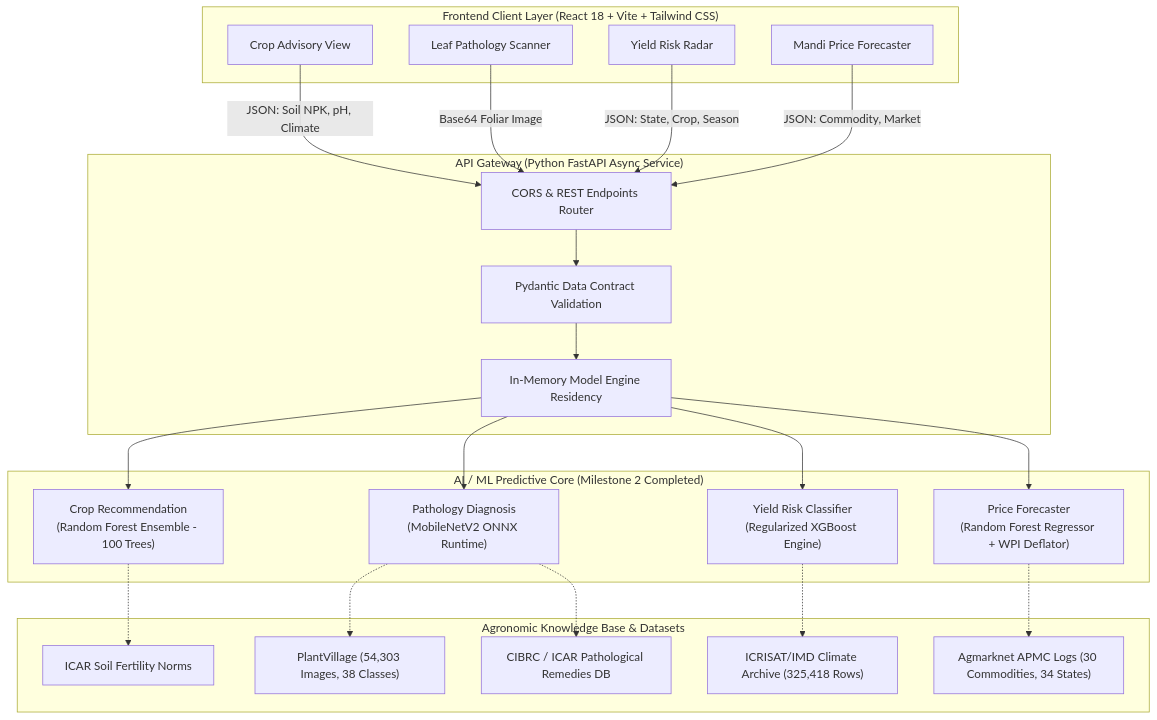
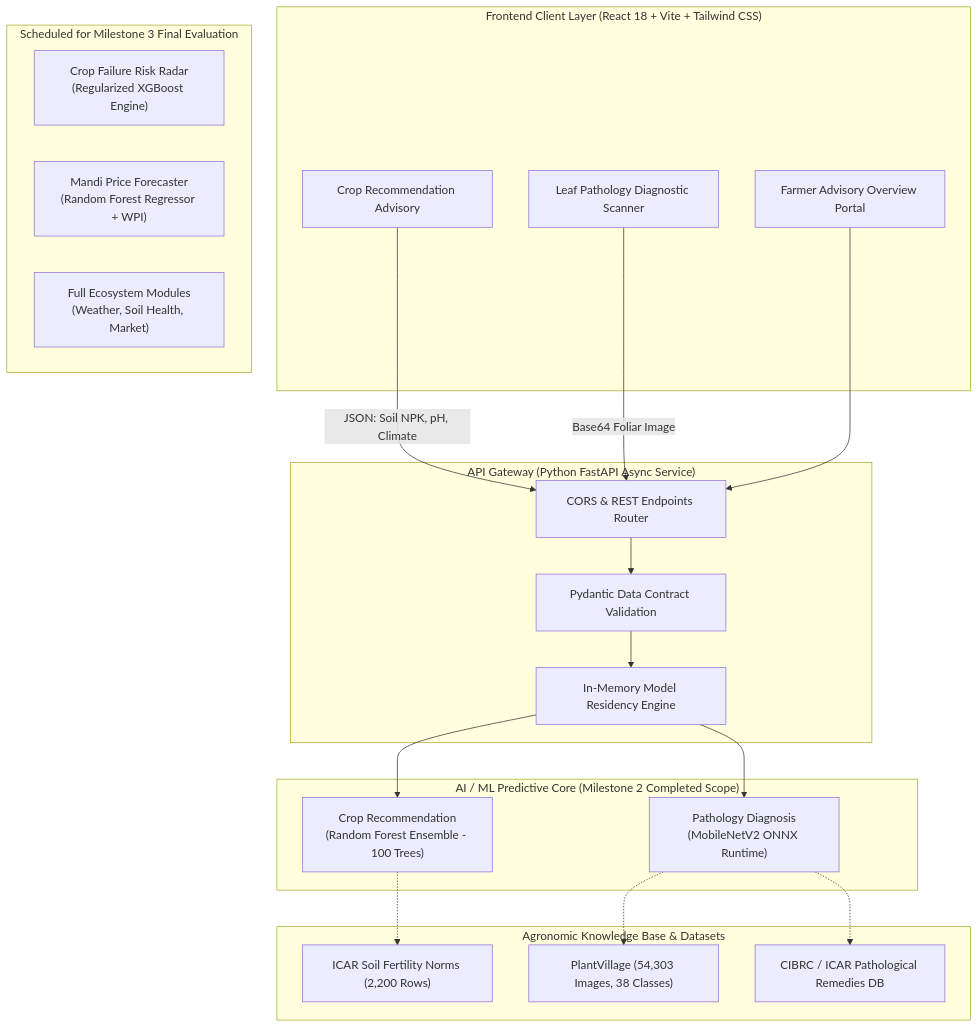
Before and after one commit to Shikhar-Kesharwani/sagri_final: the diagram in docs/SAGRI_MILESTONE_1_AND_2_REPORT.md, drawn with Mermaid. The commit also changed other lines of this file and 1 other file, not shown here.

Commit message:
docs: adjust milestone 3 scope to present existing project features in phases without external additions

````diff
--- a/docs/SAGRI_MILESTONE_1_AND_2_REPORT.md
+++ b/docs/SAGRI_MILESTONE_1_AND_2_REPORT.md
@@ -140,48 +145,44 @@
 ```mermaid
 flowchart TD
     subgraph ClientLayer["Frontend Client Layer (React 18 + Vite + Tailwind CSS)"]
-        UI_Crop["Crop Advisory View"]
-        UI_Disease["Leaf Pathology Scanner"]
-        UI_Risk["Yield Risk Radar"]
-        UI_Price["Mandi Price Forecaster"]
+        UI_Crop["Crop Recommendation Advisory"]
+        UI_Disease["Leaf Pathology Diagnostic Scanner"]
+        UI_Dash["Farmer Advisory Overview Portal"]
     end
 
     subgraph APILayer["API Gateway (Python FastAPI Async Service)"]
         Router["CORS & REST Endpoints Router"]
         PydanticValidator["Pydantic Data Contract Validation"]
-        ModelCache["In-Memory Model Engine Residency"]
+        ModelCache["In-Memory Model Residency Engine"]
     end
 
-    subgraph ModelLayer["AI / ML Predictive Core (Milestone 2 Completed)"]
+    subgraph M2Models["AI / ML Predictive Core (Milestone 2 Completed Scope)"]
         M1["Crop Recommendation<br/>(Random Forest Ensemble - 100 Trees)"]
         M2["Pathology Diagnosis<br/>(MobileNetV2 ONNX Runtime)"]
-        M3["Yield Risk Classifier<br/>(Regularized XGBoost Engine)"]
-        M4["Price Forecaster<br/>(Random Forest Regressor + WPI Deflator)"]
+    end
+
+    subgraph M3Scope["Scheduled for Milestone 3 Final Evaluation"]
+        M3["Crop Failure Risk Radar<br/>(Regularized XGBoost Engine)"]
+        M4["Mandi Price Forecaster<br/>(Random Forest Regressor + WPI)"]
+        M5["Full Ecosystem Modules<br/>(Weather, Soil Health, Market)"]
     end
 
     subgraph DataLayer["Agronomic Knowledge Base & Datasets"]
-        D1["ICAR Soil Fertility Norms"]
+        D1["ICAR Soil Fertility Norms (2,200 Rows)"]
         D2["PlantVillage (54,303 Images, 38 Classes)"]
-        D3["ICRISAT/IMD Climate Archive (325,418 Rows)"]
-        D4["Agmarknet APMC Logs (30 Commodities, 34 States)"]
-        D5["CIBRC / ICAR Pathological Remedies DB"]
+        D3["CIBRC / ICAR Pathological Remedies DB"]
     end
 
     UI_Crop -->|JSON: Soil NPK, pH, Climate| Router
     UI_Disease -->|Base64 Foliar Image| Router
-    UI_Risk -->|JSON: State, Crop, Season| Router
-    UI_Price -->|JSON: Commodity, Market| Router
+    UI_Dash --> Router
 
     Router --> PydanticValidator
     PydanticValidator --> ModelCache
     ModelCache --> M1
     ModelCache --> M2
-    ModelCache --> M3
-    ModelCache --> M4
 
     M1 -.-> D1
     M2 -.-> D2
-    M2 -.-> D5
-    M3 -.-> D3
-    M4 -.-> D4
+    M2 -.-> D3
 ```
````
